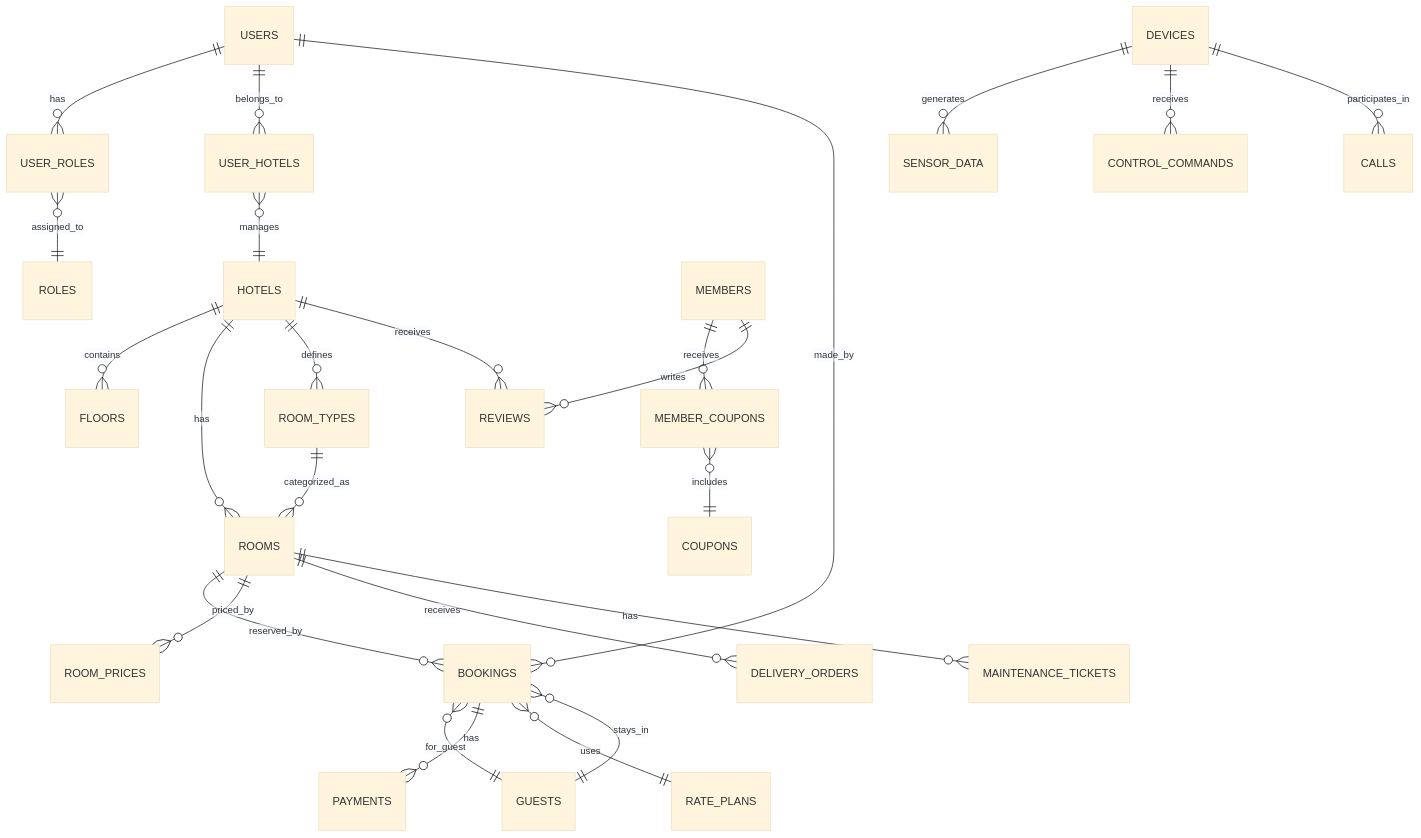
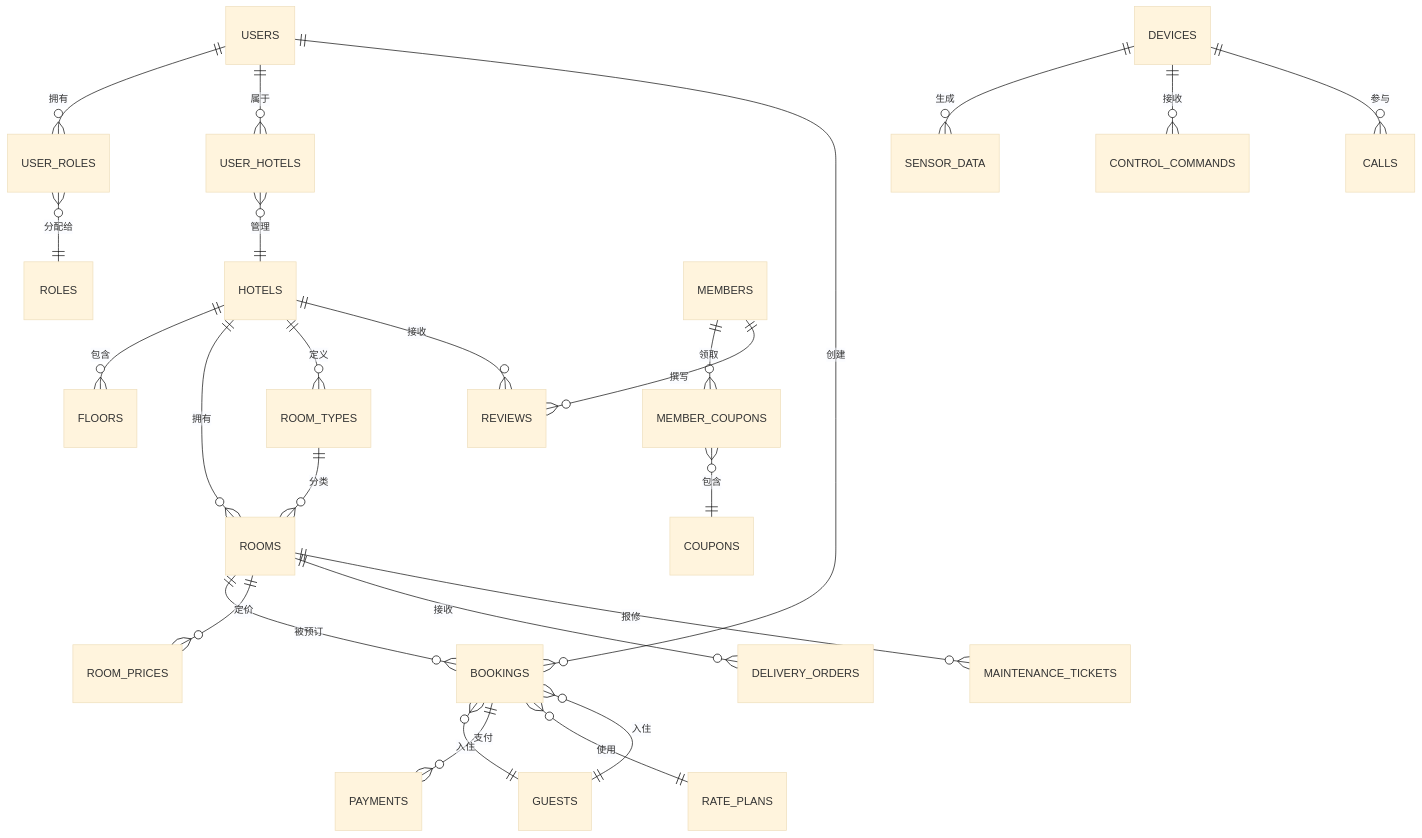
Before and after one commit to choisaaaaa/IoT_Smart_Hotel_System: the first of 12 diagrams in docs/database_er_diagram.md, drawn with Mermaid (base theme). The commit also changed other lines of this file, not shown here.

Commit message:
docs(database): 更新数据库ER图中关系描述为中文

````diff
--- a/docs/database_er_diagram.md
+++ b/docs/database_er_diagram.md
@@ -26,27 +26,27 @@
 ```mermaid
 erDiagram
-    USERS ||--o{ USER_ROLES : has
-    USERS ||--o{ USER_HOTELS : belongs_to
-    USER_ROLES }o--|| ROLES : assigned_to
-    USER_HOTELS }o--|| HOTELS : manages
-    HOTELS ||--o{ FLOORS : contains
-    HOTELS ||--o{ ROOMS : has
-    HOTELS ||--o{ ROOM_TYPES : defines
-    HOTELS ||--o{ REVIEWS : receives
-    ROOMS ||--o{ BOOKINGS : reserved_by
-    ROOMS ||--o{ ROOM_PRICES : priced_by
-    ROOMS ||--o{ DELIVERY_ORDERS : receives
-    ROOMS ||--o{ MAINTENANCE_TICKETS : has
-    ROOM_TYPES ||--o{ ROOMS : categorized_as
-    BOOKINGS }o--|| USERS : made_by
-    BOOKINGS }o--|| GUESTS : for_guest
-    BOOKINGS ||--o{ PAYMENTS : has
-    BOOKINGS }o--|| RATE_PLANS : uses
-    GUESTS ||--o{ BOOKINGS : stays_in
-    MEMBERS ||--o{ MEMBER_COUPONS : receives
-    MEMBER_COUPONS }o--|| COUPONS : includes
-    MEMBERS ||--o{ REVIEWS : writes
-    DEVICES ||--o{ SENSOR_DATA : generates
-    DEVICES ||--o{ CONTROL_COMMANDS : receives
-    DEVICES ||--o{ CALLS : participates_in
+    USERS ||--o{ USER_ROLES : "拥有"
+    USERS ||--o{ USER_HOTELS : "属于"
+    USER_ROLES }o--|| ROLES : "分配给"
+    USER_HOTELS }o--|| HOTELS : "管理"
+    HOTELS ||--o{ FLOORS : "包含"
+    HOTELS ||--o{ ROOMS : "拥有"
+    HOTELS ||--o{ ROOM_TYPES : "定义"
+    HOTELS ||--o{ REVIEWS : "接收"
+    ROOMS ||--o{ BOOKINGS : "被预订"
+    ROOMS ||--o{ ROOM_PRICES : "定价"
+    ROOMS ||--o{ DELIVERY_ORDERS : "接收"
+    ROOMS ||--o{ MAINTENANCE_TICKETS : "报修"
+    ROOM_TYPES ||--o{ ROOMS : "分类"
+    BOOKINGS }o--|| USERS : "创建"
+    BOOKINGS }o--|| GUESTS : "入住"
+    BOOKINGS ||--o{ PAYMENTS : "支付"
+    BOOKINGS }o--|| RATE_PLANS : "使用"
+    GUESTS ||--o{ BOOKINGS : "入住"
+    MEMBERS ||--o{ MEMBER_COUPONS : "领取"
+    MEMBER_COUPONS }o--|| COUPONS : "包含"
+    MEMBERS ||--o{ REVIEWS : "撰写"
+    DEVICES ||--o{ SENSOR_DATA : "生成"
+    DEVICES ||--o{ CONTROL_COMMANDS : "接收"
+    DEVICES ||--o{ CALLS : "参与"
 ```
````
